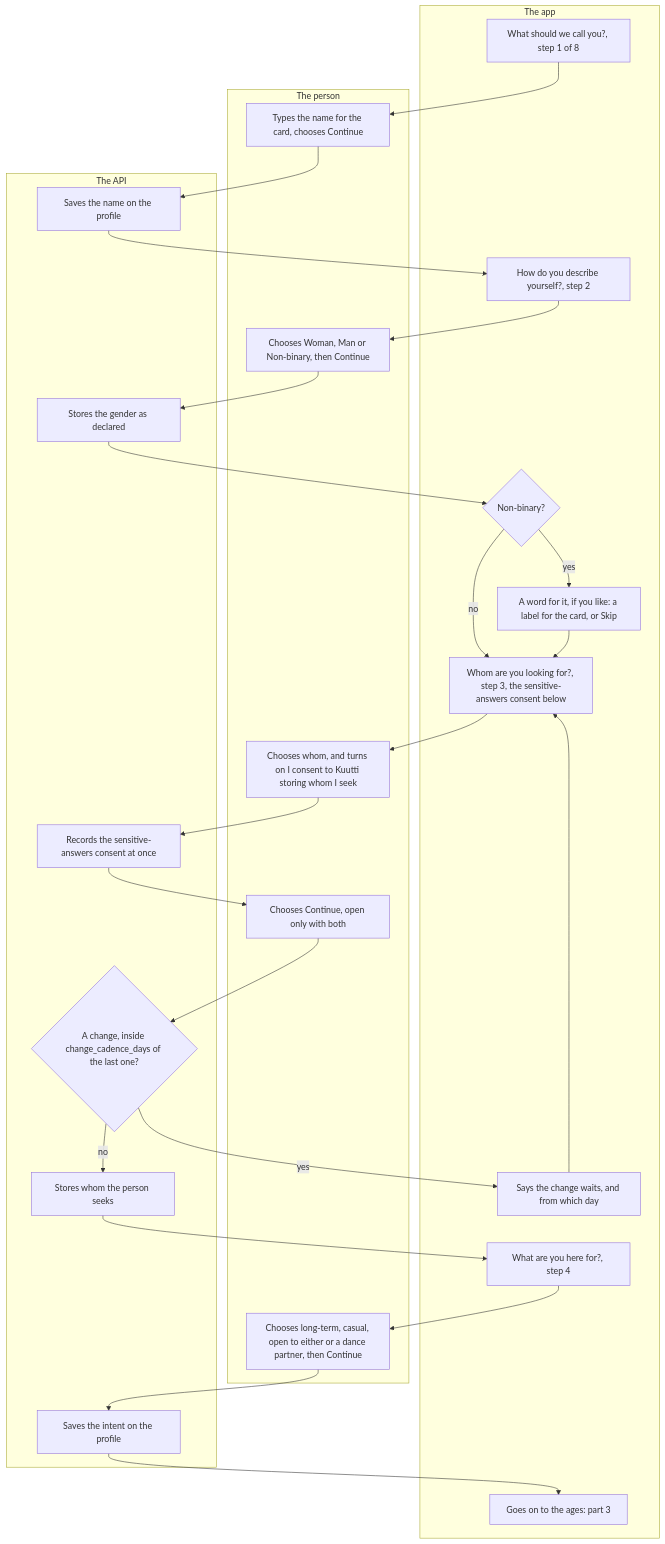
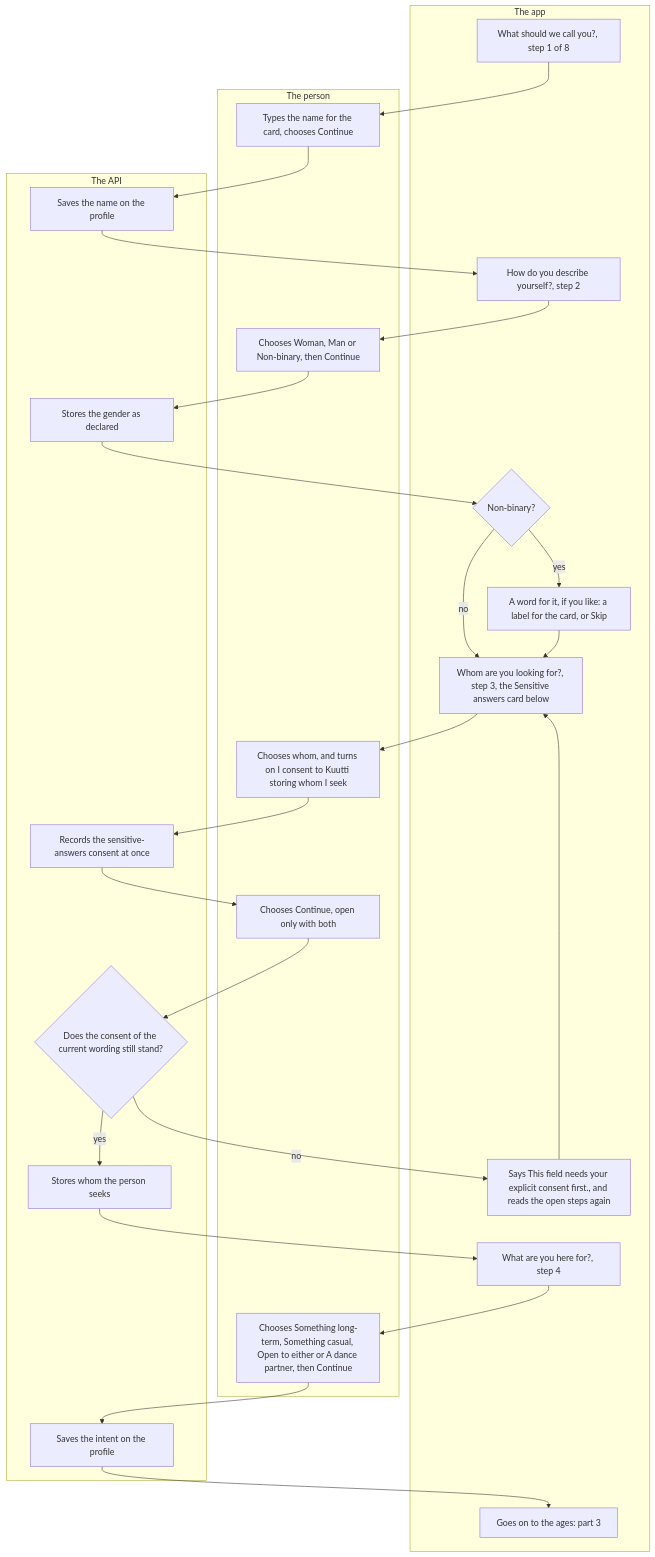
Before and after one commit to kuutti-ry/kuutti-app: the second of 3 diagrams in docs/flows/onboarding.md, drawn with Mermaid. The commit also changed other lines of this file and 41 other files, not shown here.

First line of the commit message:
Redraw the user flows against today's main, held by check:docs

````diff
--- a/docs/flows/onboarding.md
+++ b/docs/flows/onboarding.md
@@ -80,50 +103,50 @@
 ```mermaid
 flowchart TB
   accTitle: Onboarding, part 2: the name, the gender, whom one seeks and the intent
-  accDescr: Steps 1 to 4 of 8. The person types the name for their card, declares their gender, and after non-binary may add a label. They choose whom they seek and give the sensitive-answers consent on the same screen. Continue opens only with both, and a change from an earlier answer inside the cadence waits. Then they choose what they are here for.
+  accDescr: Steps 1 to 4 of 8. The person types the name for their card, declares their gender, and after non-binary may add a label. They choose whom they seek and give the sensitive-answers consent on the same screen; Continue opens only with both, and an answer that reaches the API without the consent of the current wording is refused and said. Then they choose what they are here for.
   subgraph person["The person"]
     s20["Types the name for the card, chooses Continue"]
     s23["Chooses Woman, Man or Non-binary, then Continue"]
     s28["Chooses whom, and turns on I consent to Kuutti storing whom I seek"]
     s30["Chooses Continue, open only with both"]
-    s35["Chooses long-term, casual, open to either or a dance partner, then Continue"]
+    s35["Chooses Something long-term, Something casual, Open to either or A dance partner, then Continue"]
   end
   subgraph app["The app"]
     s19["What should we call you?, step 1 of 8"]
     s22["How do you describe yourself?, step 2"]
     s25{"Non-binary?"}
     s26["A word for it, if you like: a label for the card, or Skip"]
-    s27["Whom are you looking for?, step 3, the sensitive-answers consent below"]
-    s32["Says the change waits, and from which day"]
+    s27["Whom are you looking for?, step 3, the Sensitive answers card below"]
+    s32["Says This field needs your explicit consent first., and reads the open steps again"]
     s34["What are you here for?, step 4"]
     s37["Goes on to the ages: part 3"]
   end
   subgraph api["The API"]
     s21["Saves the name on the profile"]
     s24["Stores the gender as declared"]
     s29["Records the sensitive-answers consent at once"]
-    s31{"A change, inside change_cadence_days of the last one?"}
+    s31{"Does the consent of the current wording still stand?"}
     s33["Stores whom the person seeks"]
     s36["Saves the intent on the profile"]
   end
   s19 --> s20
   s20 --> s21
   s21 --> s22
   s22 --> s23
   s23 --> s24
   s24 --> s25
   s25 -->|"yes"| s26
   s25 -->|"no"| s27
   s26 --> s27
   s27 --> s28
   s28 --> s29
   s29 --> s30
   s30 --> s31
-  s31 -->|"yes"| s32
+  s31 -->|"no"| s32
   s32 --> s27
-  s31 -->|"no"| s33
+  s31 -->|"yes"| s33
   s33 --> s34
   s34 --> s35
   s35 --> s36
   s36 --> s37
 ```
````
